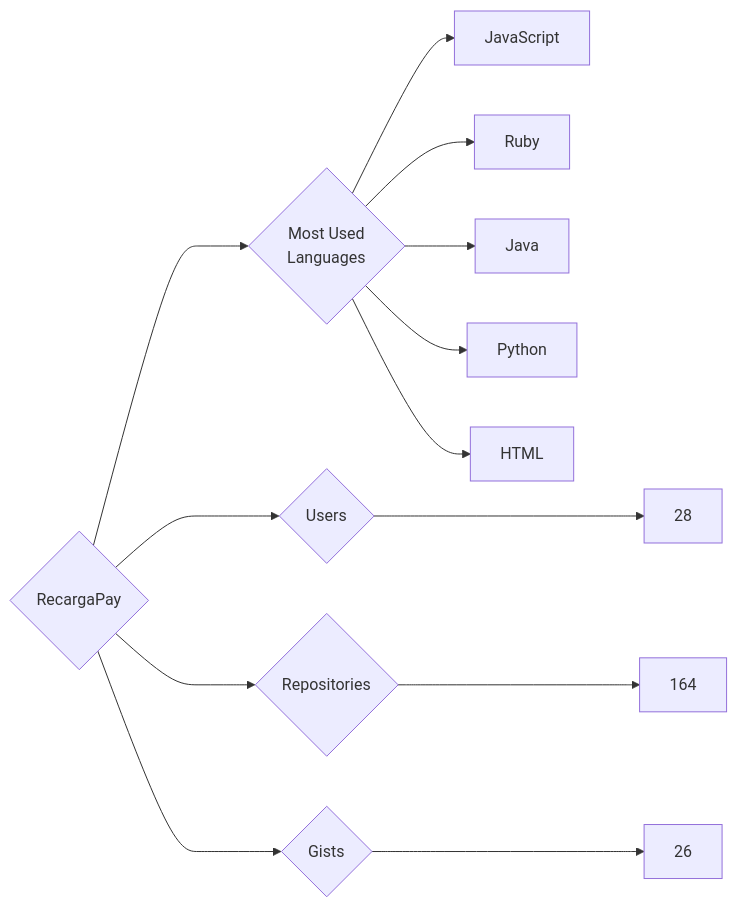
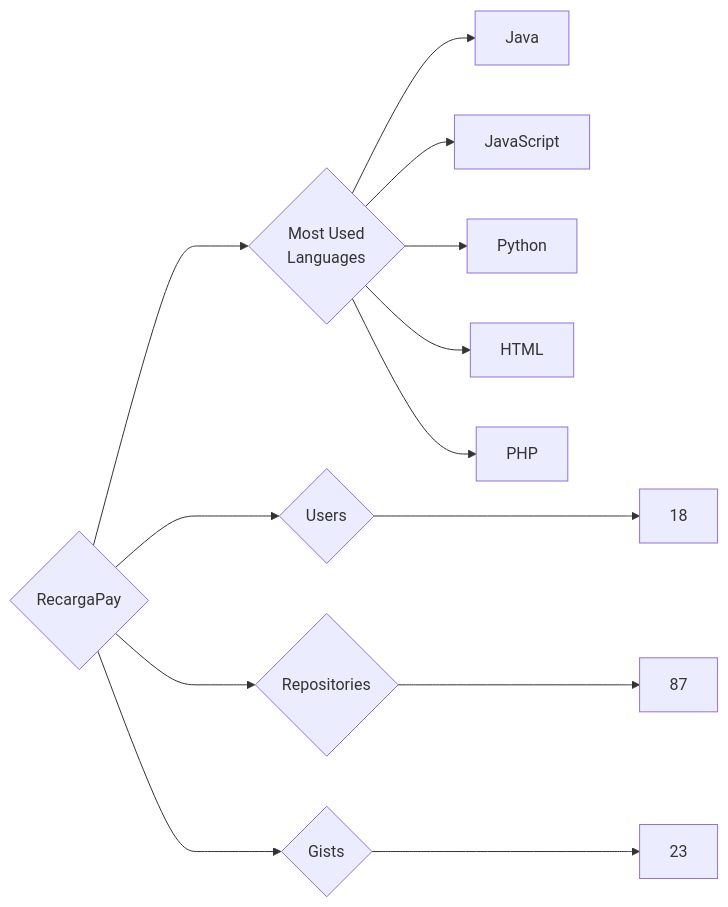
The diagram in targets/RecargaPay/README.md (trickest/insiders), drawn with Mermaid before and after one commit. The commit also changed 948 other files, not shown here.

````diff
--- a/targets/RecargaPay/README.md
+++ b/targets/RecargaPay/README.md
@@ -3,13 +3,13 @@
 ```mermaid
 graph LR
 COMPANY_NAME{RecargaPay}
-COMPANY_NAME ---> U{Users} ---> UN[28]
-COMPANY_NAME ---> R{Repositories} ---> RN[164]
-COMPANY_NAME ---> G{Gists} ---> GN[26]
+COMPANY_NAME ---> U{Users} ---> UN[18]
+COMPANY_NAME ---> R{Repositories} ---> RN[87]
+COMPANY_NAME ---> G{Gists} ---> GN[23]
 COMPANY_NAME ---> ML{Most Used<br>Languages}
+ML --> Java[Java]
 ML --> JavaScript[JavaScript]
-ML --> Ruby[Ruby]
-ML --> Java[Java]
 ML --> Python[Python]
 ML --> HTML[HTML]
+ML --> PHP[PHP]
 ```
````
